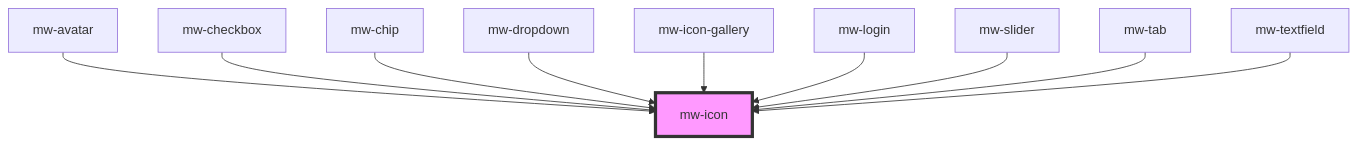
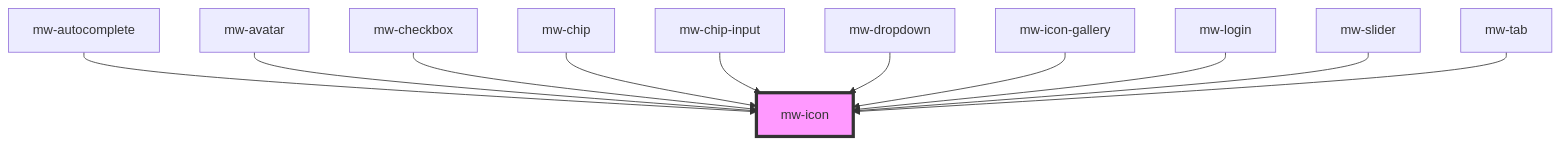
Before and after one commit to MaibornWolff/mwui: the diagram in mwui-stencil/src/components/mw-icon/readme.md, drawn with Mermaid. The commit also changed other lines of this file and 25 other files, not shown here.

````diff
--- a/mwui-stencil/src/components/mw-icon/readme.md
+++ b/mwui-stencil/src/components/mw-icon/readme.md
@@ -31,13 +32,14 @@
 ```mermaid
 graph TD;
+  mw-autocomplete --> mw-icon
   mw-avatar --> mw-icon
   mw-checkbox --> mw-icon
   mw-chip --> mw-icon
+  mw-chip-input --> mw-icon
   mw-dropdown --> mw-icon
   mw-icon-gallery --> mw-icon
   mw-login --> mw-icon
   mw-slider --> mw-icon
   mw-tab --> mw-icon
-  mw-textfield --> mw-icon
   style mw-icon fill:#f9f,stroke:#333,stroke-width:4px
 ```
````
